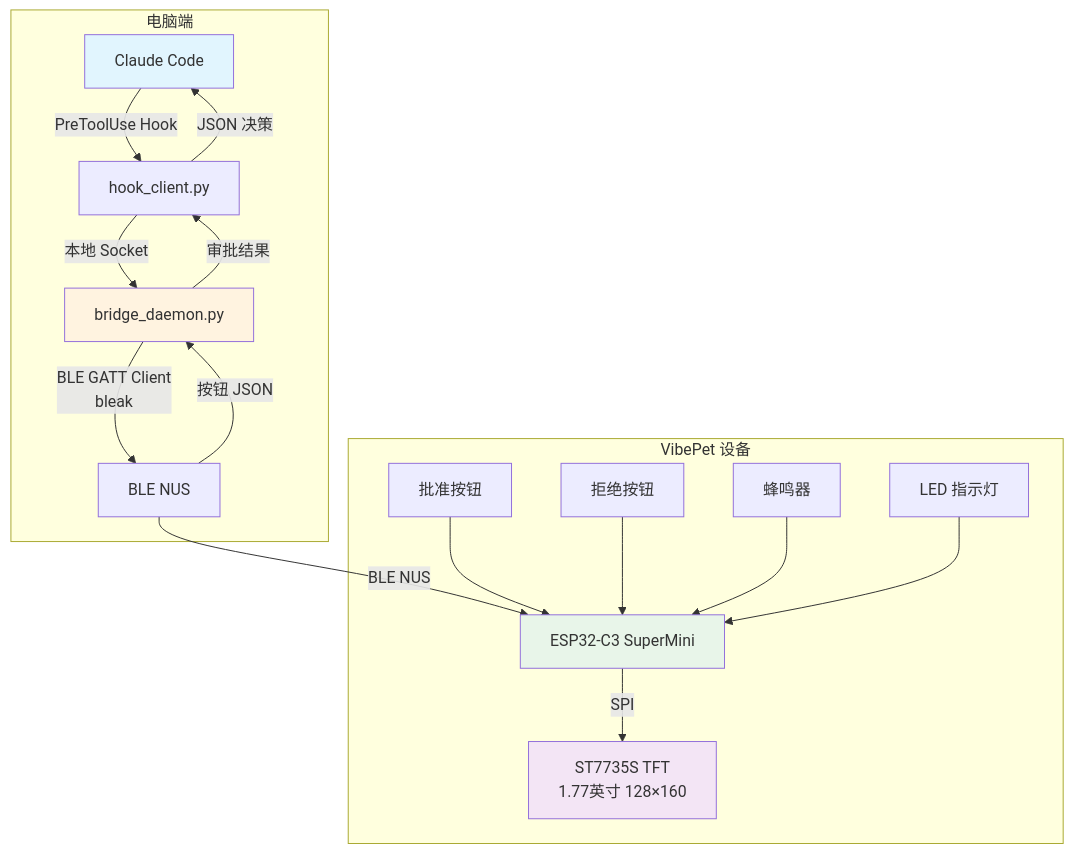
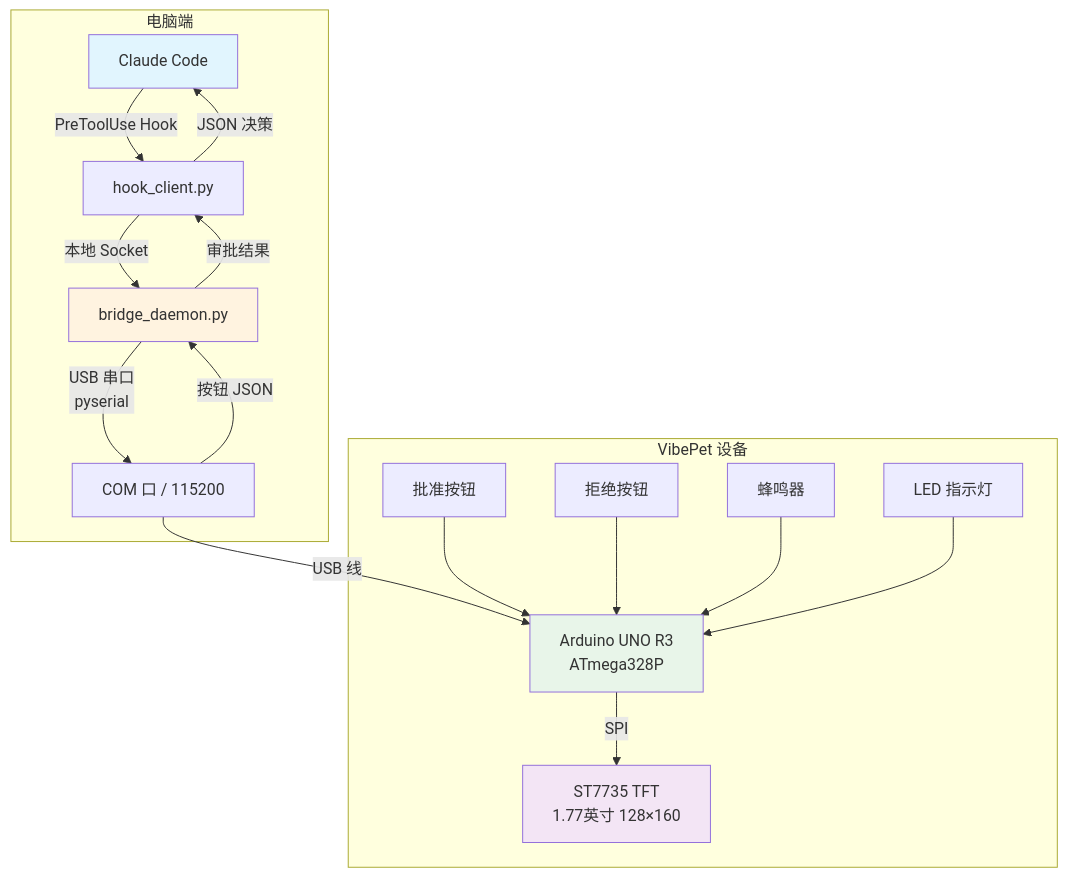
One commit to zenith8366/myproject changed the first of 3 diagrams in vibepet/VibePet —— AI 编程助手物理状态显示与审批终端（USB 有线版）v3.0.md. Above: the diagram before and after it, drawn with Mermaid. The commit also changed other lines of this file and 16 other files, not shown here.

````diff
--- a/vibepet/VibePet —— AI 编程助手物理状态显示与审批终端（USB 有线版）v3.0.md
+++ b/vibepet/VibePet —— AI 编程助手物理状态显示与审批终端（USB 有线版）v3.0.md
@@ -73,25 +93,25 @@
 ```mermaid
 graph TB
     subgraph 电脑端
         A[Claude Code] -->|PreToolUse Hook| B[hook_client.py]
         B -->|本地 Socket| C[bridge_daemon.py]
-        C -->|BLE GATT Client<br/>bleak| D[BLE NUS]
+        C -->|USB 串口<br/>pyserial| D[COM 口 / 115200]
         D -->|按钮 JSON| C
         C -->|审批结果| B
         B -->|JSON 决策| A
     end
 
     subgraph VibePet 设备
-        D -->|BLE NUS| E[ESP32-C3 SuperMini]
-        E -->|SPI| F[ST7735S TFT<br/>1.77英寸 128×160]
+        D -->|USB 线| E[Arduino UNO R3<br/>ATmega328P]
+        E -->|SPI| F[ST7735 TFT<br/>1.77英寸 128×160]
         G[批准按钮] --> E
         H[拒绝按钮] --> E
         I[蜂鸣器] --> E
         J[LED 指示灯] --> E
     end
 
     style A fill:#e1f5fe
     style C fill:#fff3e0
     style E fill:#e8f5e9
     style F fill:#f3e5f5
 ```
````
